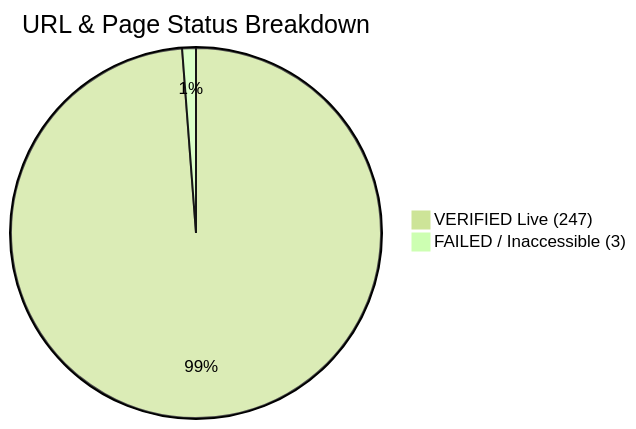
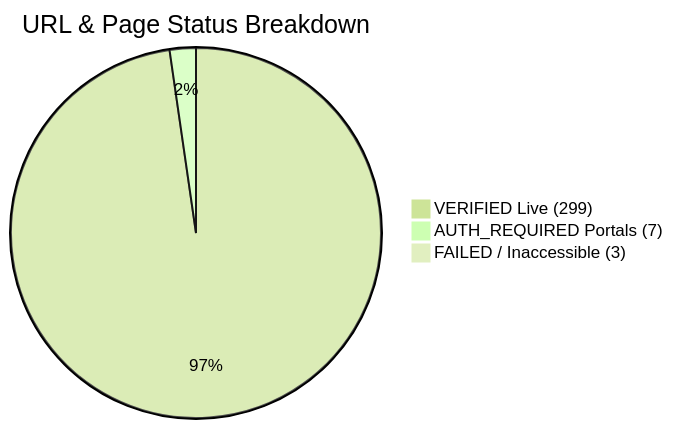
One commit to vijaymahes9080/gri_android_stdio_structure changed the diagram in data/10_quality_assurance/COVERAGE_AND_VERIFICATION_REPORT.md. Above: the diagram before and after it, drawn with Mermaid (forest theme). The commit also changed other lines of this file and 215 other files, not shown here.

````diff
--- a/data/10_quality_assurance/COVERAGE_AND_VERIFICATION_REPORT.md
+++ b/data/10_quality_assurance/COVERAGE_AND_VERIFICATION_REPORT.md
@@ -27,5 +28,6 @@
 ```mermaid
 pie title URL & Page Status Breakdown
-    "VERIFIED Live (247)" : 247
+    "VERIFIED Live (299)" : 299
+    "AUTH_REQUIRED Portals (7)" : 7
     "FAILED / Inaccessible (3)" : 3
 ```
````
